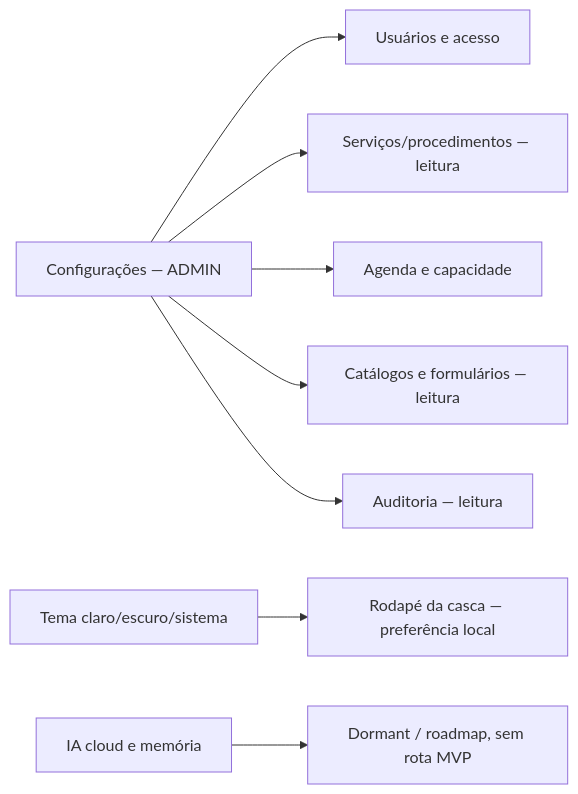
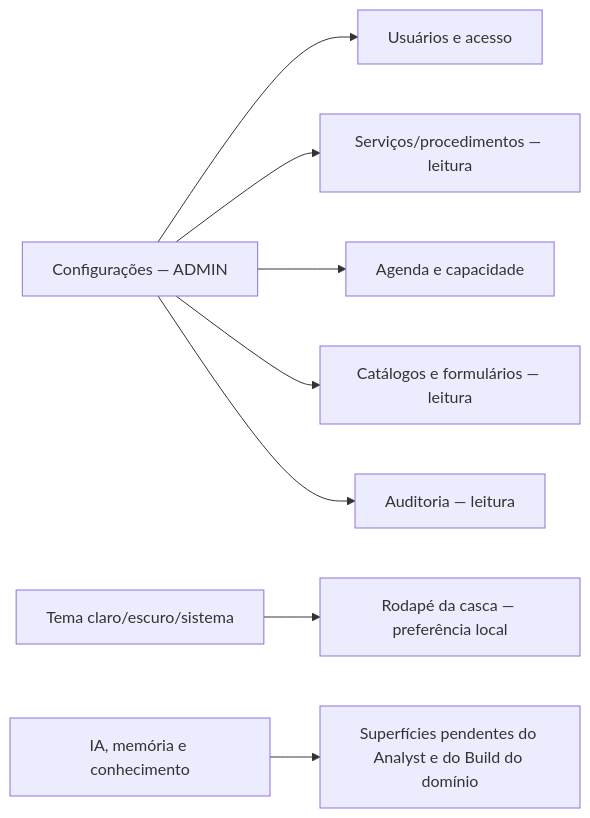
The second of 3 diagrams in hack/domains/ANALYST-superficies-e-configuracoes.md (nmarcofernandess/antessala), drawn with Mermaid before and after one commit. The commit also changed other lines of this file and 21 other files, not shown here.

````diff
--- a/hack/domains/ANALYST-superficies-e-configuracoes.md
+++ b/hack/domains/ANALYST-superficies-e-configuracoes.md
@@ -209,10 +213,10 @@
 ```mermaid
 flowchart LR
   config["Configurações — ADMIN"] --> users["Usuários e acesso"]
   config --> operation["Serviços/procedimentos — leitura"]
   config --> capacity["Agenda e capacidade"]
   config --> catalogs["Catálogos e formulários — leitura"]
   config --> audit["Auditoria — leitura"]
   theme["Tema claro/escuro/sistema"] --> shell["Rodapé da casca — preferência local"]
-  ai["IA cloud e memória"] --> dormant["Dormant / roadmap, sem rota MVP"]
+  ai["IA, memória e conhecimento"] --> unresolved["Superfícies pendentes do Analyst e do Build do domínio"]
 ```
````
